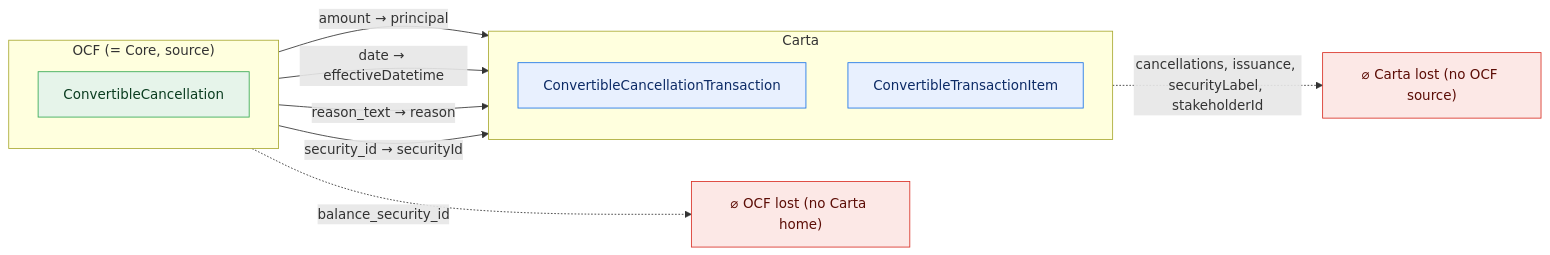
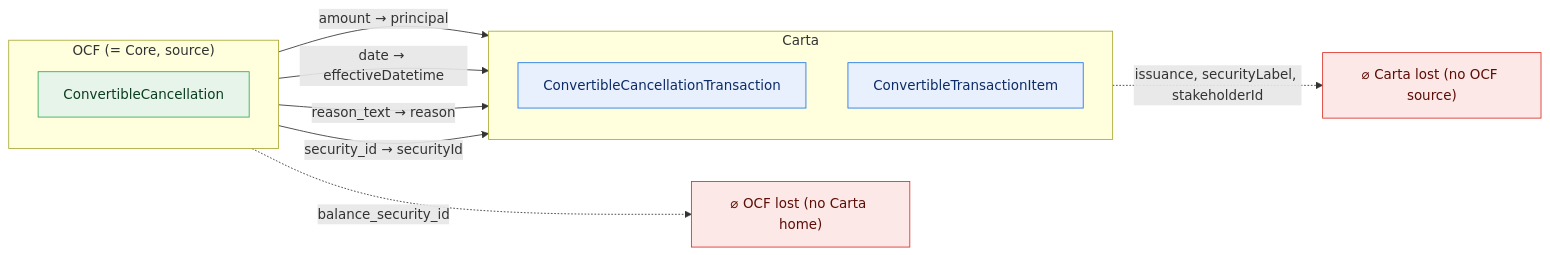
Before and after one commit to Open-Cap-Table-Coalition/OCF-Composed-Schemas: diagram 14 of 47 in docs/core-bidirectional-flow.md, drawn with Mermaid. The commit also changed other lines of this file and 18 other files, not shown here.

````diff
--- a/docs/core-bidirectional-flow.md
+++ b/docs/core-bidirectional-flow.md
@@ -577,24 +579,24 @@
 ```mermaid
 flowchart LR
   classDef adm fill:#e6f4ea,stroke:#34a853,color:#0b3d20;
   classDef notadm fill:#f1f3f4,stroke:#9aa0a6,color:#5f6368,stroke-dasharray:4 3;
   classDef carta fill:#e8f0fe,stroke:#1a73e8,color:#0d2b66;
   classDef lost fill:#fce8e6,stroke:#d93025,color:#5c0d06;
   subgraph SRC["OCF (= Core, source)"]
     direction TB
     o0["ConvertibleCancellation"]:::adm
   end
   subgraph TGT["Carta"]
     direction TB
     t0["ConvertibleCancellationTransaction"]:::carta
     t1["ConvertibleTransactionItem"]:::carta
   end
   ocflost["⌀ OCF lost (no Carta home)"]:::lost
   cartalost["⌀ Carta lost (no OCF source)"]:::lost
   o0 -->|"amount → principal"| t0
   o0 -->|"date → effectiveDatetime"| t0
   o0 -->|"reason_text → reason"| t0
   o0 -->|"security_id → securityId"| t1
   o0 -.->|"balance_security_id"| ocflost
-  t1 -.->|"cancellations, issuance, securityLabel, stakeholderId"| cartalost
+  t1 -.->|"issuance, securityLabel, stakeholderId"| cartalost
 ```
````
